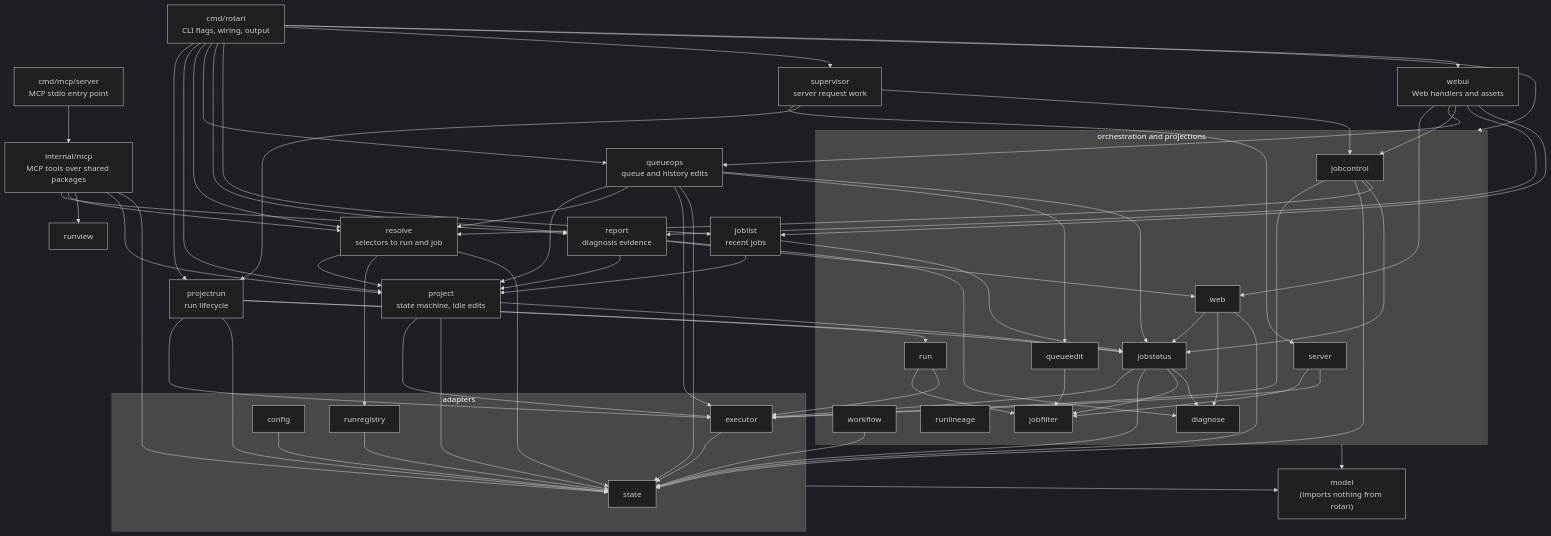
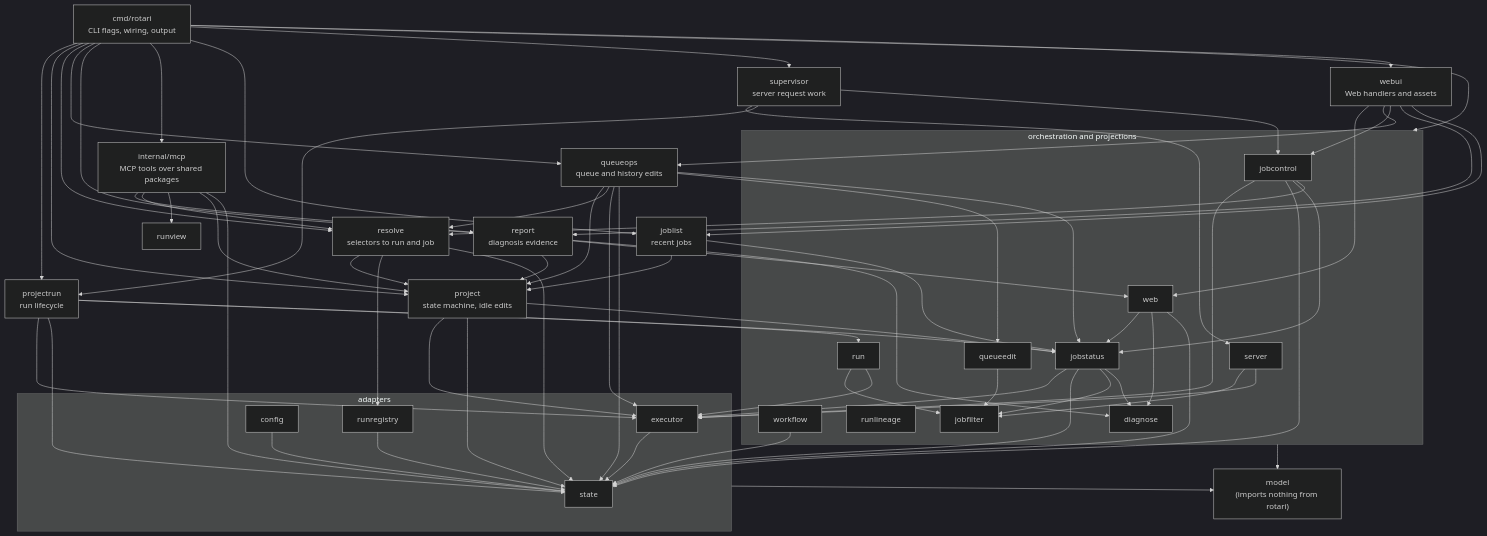
Before and after one commit to kamo-naoyuki/rotari: the second of 2 diagrams in docs/ARCHITECTURE.md, drawn with Mermaid (dark theme). The commit also changed other lines of this file and 10 other files, not shown here.

````diff
--- a/docs/ARCHITECTURE.md
+++ b/docs/ARCHITECTURE.md
@@ -107,7 +107,6 @@
 ```mermaid
 flowchart TB
   cmd["cmd/rotari<br/>CLI flags, wiring, output"]
-   mcpserver["cmd/mcp/server<br/>MCP stdio entry point"]
    mcpadapter["internal/mcp<br/>MCP tools over shared packages"]
   projectrun["projectrun<br/>run lifecycle"]
   project["project<br/>state machine, idle edits"]
@@ -148,7 +147,7 @@
   queueops --> state
   queueops --> jobstatus
   cmd --> report
-   mcpserver --> mcpadapter
+   cmd --> mcpadapter
    mcpadapter --> report
    mcpadapter --> resolve
    mcpadapter --> runview
````
